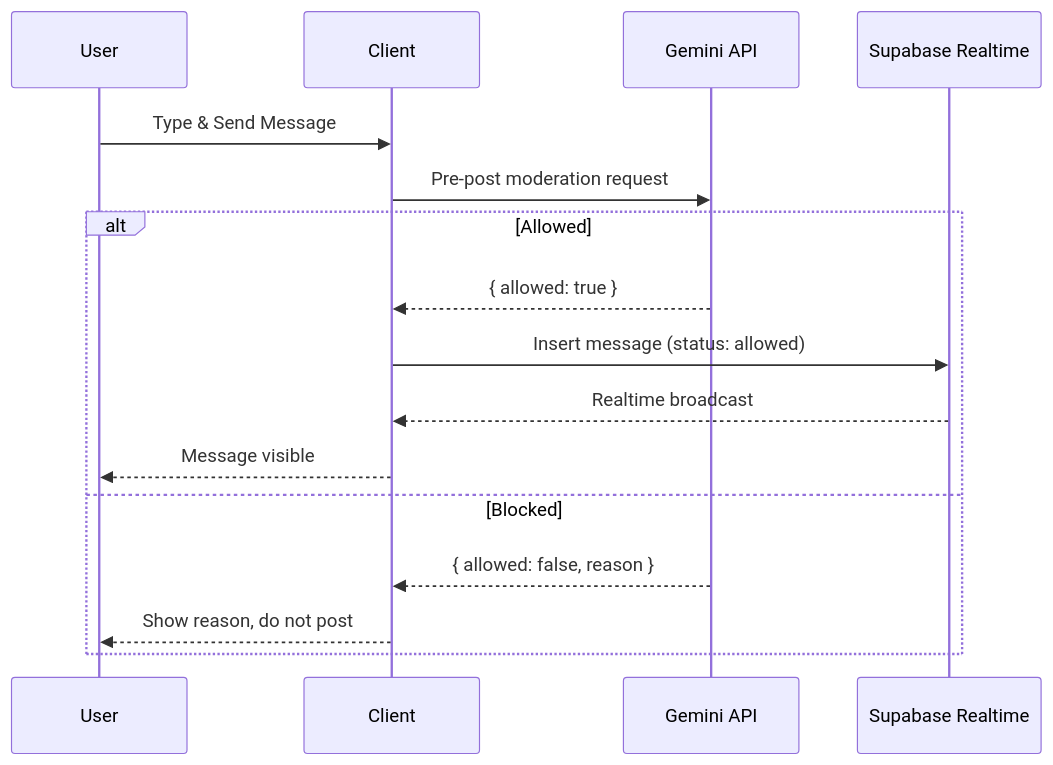
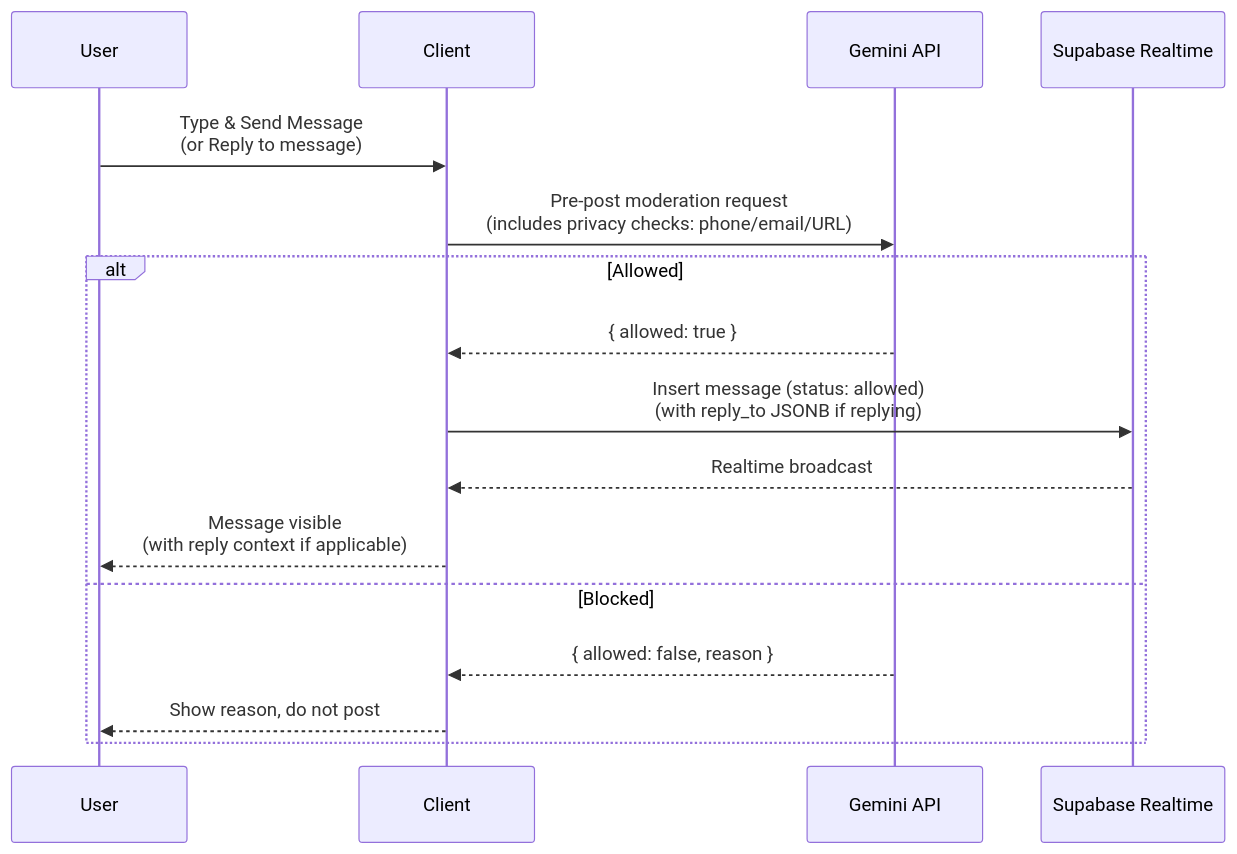
The sixth of 11 diagrams in app_docs/Flow_Diagrams.md (xactai/Communitiful), drawn with Mermaid before and after one commit. The commit also changed other lines of this file and 2 other files, not shown here.

Commit message:
Readme Update, FlowDiagrams Updated, ImplementationDocument Updated

````diff
--- a/app_docs/Flow_Diagrams.md
+++ b/app_docs/Flow_Diagrams.md
@@ -110,19 +126,19 @@
 ```mermaid
 sequenceDiagram
   participant U as User
   participant App as Client
   participant Mod as Gemini API
   participant RT as Supabase Realtime
 
-  U->>App: Type & Send Message
-  App->>Mod: Pre-post moderation request
+  U->>App: Type & Send Message<br/>(or Reply to message)
+  App->>Mod: Pre-post moderation request<br/>(includes privacy checks: phone/email/URL)
   alt Allowed
     Mod-->>App: { allowed: true }
-    App->>RT: Insert message (status: allowed)
+    App->>RT: Insert message (status: allowed)<br/>(with reply_to JSONB if replying)
     RT-->>App: Realtime broadcast
-    App-->>U: Message visible
+    App-->>U: Message visible<br/>(with reply context if applicable)
   else Blocked
     Mod-->>App: { allowed: false, reason }
     App-->>U: Show reason, do not post
   end
 ```
````
